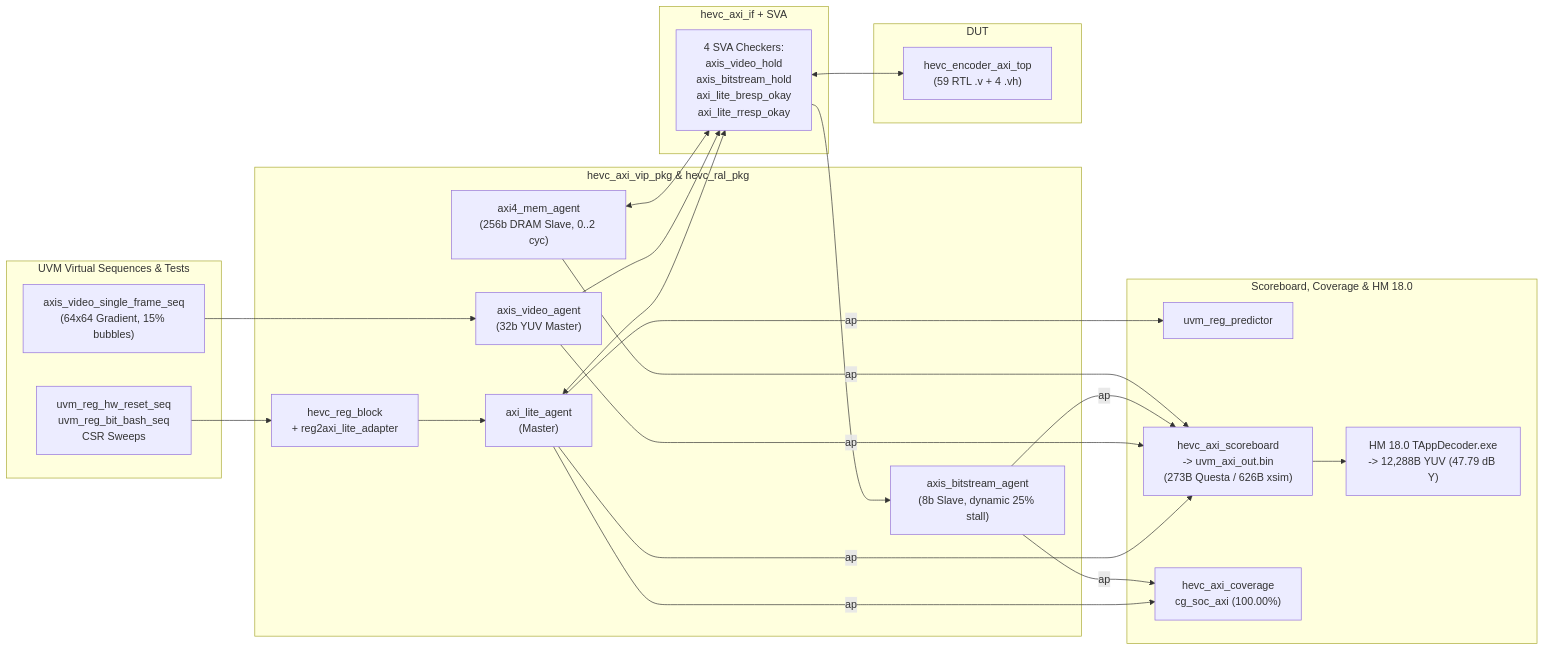
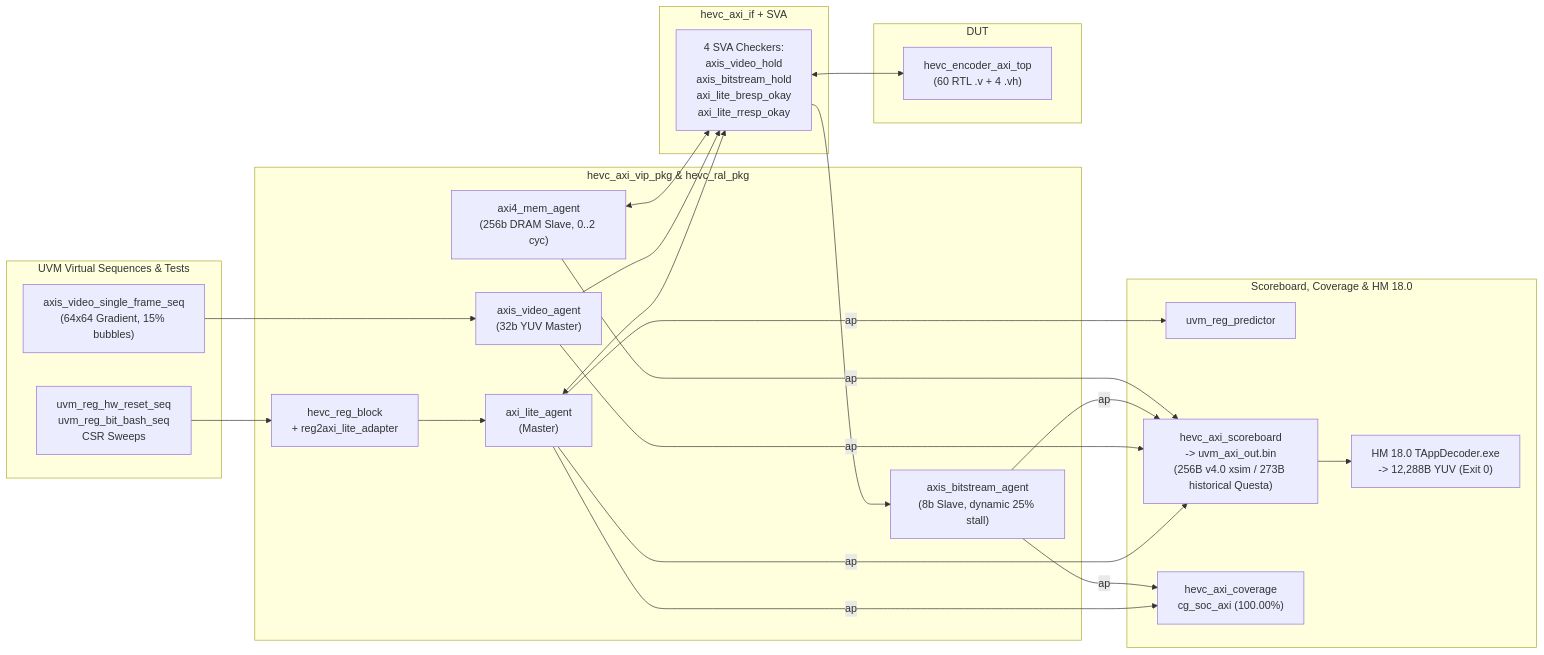
One commit to minh-tb/hevc_hw_encoder changed the second of 3 diagrams in uvm/UVM_VERIFICATION_GUIDE.md. Above: the diagram before and after it, drawn with Mermaid. The commit also changed other lines of this file and 10 other files, not shown here.

````diff
--- a/uvm/UVM_VERIFICATION_GUIDE.md
+++ b/uvm/UVM_VERIFICATION_GUIDE.md
@@ -65,45 +65,45 @@
 ```mermaid
 flowchart LR
     subgraph STIM["UVM Virtual Sequences & Tests"]
         RAL_SEQ["uvm_reg_hw_reset_seq\nuvm_reg_bit_bash_seq\nCSR Sweeps"]
         VID_SEQ["axis_video_single_frame_seq\n(64x64 Gradient, 15% bubbles)"]
     end
 
     subgraph VIP["hevc_axi_vip_pkg & hevc_ral_pkg"]
         RAL["hevc_reg_block\n+ reg2axi_lite_adapter"]
         LITE["axi_lite_agent\n(Master)"]
         VID["axis_video_agent\n(32b YUV Master)"]
         BS["axis_bitstream_agent\n(8b Slave, dynamic 25% stall)"]
         MEM["axi4_mem_agent\n(256b DRAM Slave, 0..2 cyc)"]
     end
 
     subgraph SVA["hevc_axi_if + SVA"]
         IF["4 SVA Checkers:\naxis_video_hold\naxis_bitstream_hold\naxi_lite_bresp_okay\naxi_lite_rresp_okay"]
     end
 
     subgraph DUT_BOX["DUT"]
-        DUT["hevc_encoder_axi_top\n(59 RTL .v + 4 .vh)"]
+        DUT["hevc_encoder_axi_top\n(60 RTL .v + 4 .vh)"]
     end
 
     subgraph CHECK["Scoreboard, Coverage & HM 18.0"]
         PRED["uvm_reg_predictor"]
-        SB["hevc_axi_scoreboard\n-> uvm_axi_out.bin\n(273B Questa / 626B xsim)"]
+        SB["hevc_axi_scoreboard\n-> uvm_axi_out.bin\n(256B v4.0 xsim / 273B historical Questa)"]
         COV["hevc_axi_coverage\ncg_soc_axi (100.00%)"]
-        DEC["HM 18.0 TAppDecoder.exe\n-> 12,288B YUV (47.79 dB Y)"]
+        DEC["HM 18.0 TAppDecoder.exe\n-> 12,288B YUV (Exit 0)"]
     end
 
     RAL_SEQ --> RAL --> LITE
     VID_SEQ --> VID
     LITE <--> IF <--> DUT
     VID --> IF
     IF --> BS
     MEM <--> IF
     LITE -->|"ap"| PRED
     LITE -->|"ap"| SB
     LITE -->|"ap"| COV
     VID -->|"ap"| SB
     BS -->|"ap"| SB
     BS -->|"ap"| COV
     MEM -->|"ap"| SB
     SB --> DEC
 ```
````
